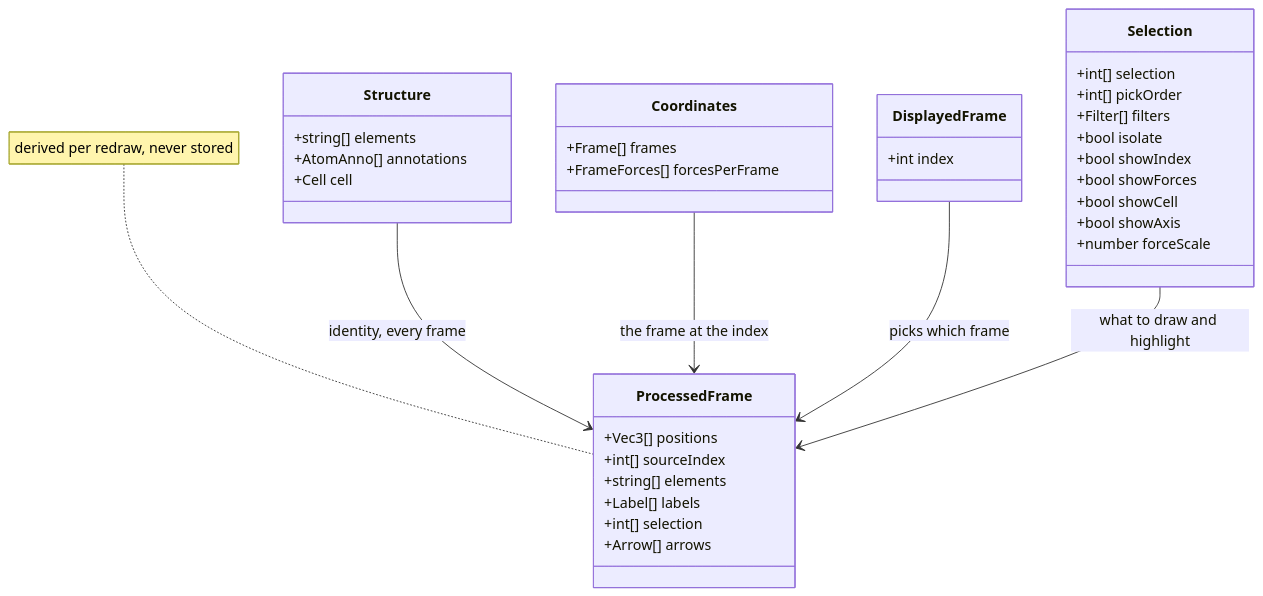
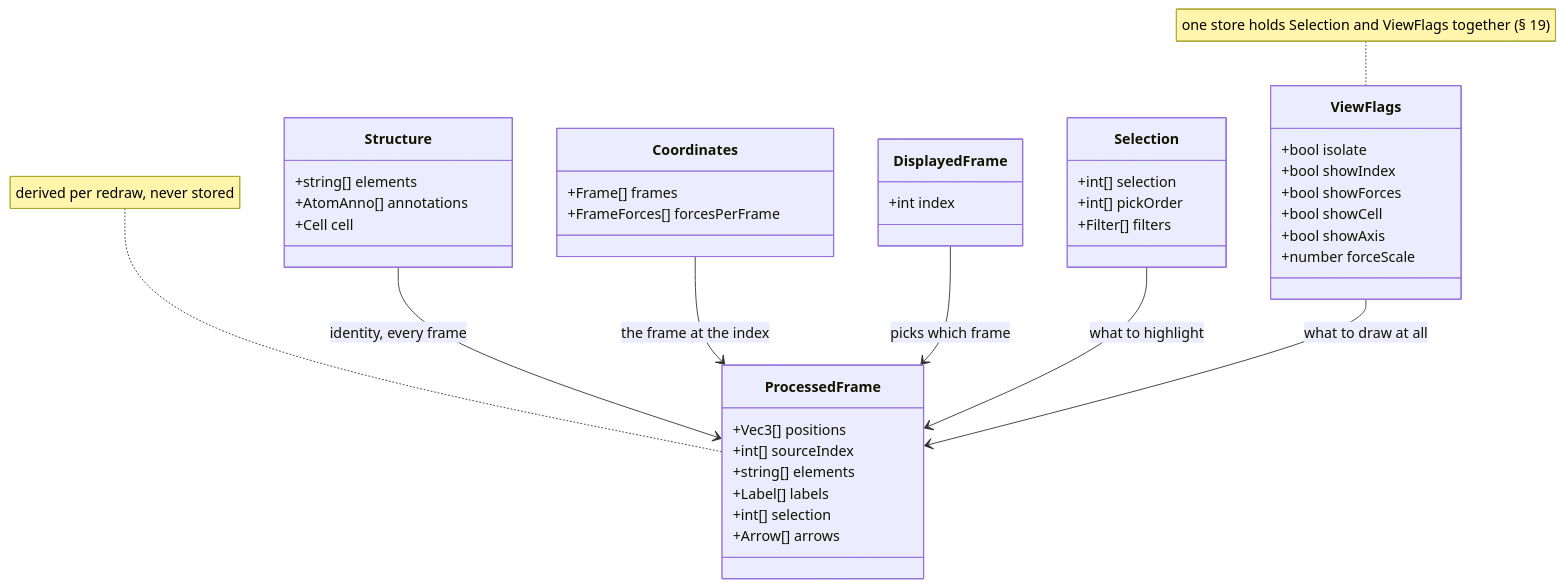
One commit to Qing-LAB/molbuilder changed the second of 4 diagrams in docs/web/molview.md. Above: the diagram before and after it, drawn with Mermaid. The commit also changed other lines of this file, not shown here.

````diff
--- a/docs/web/molview.md
+++ b/docs/web/molview.md
@@ -418,39 +421,43 @@
 ```mermaid
 classDiagram
     class Structure {
       +string[] elements
       +AtomAnno[] annotations
       +Cell cell
     }
     class Coordinates {
       +Frame[] frames
       +FrameForces[] forcesPerFrame
     }
     class DisplayedFrame {
       +int index
     }
     class Selection {
       +int[] selection
       +int[] pickOrder
       +Filter[] filters
+    }
+    class ViewFlags {
       +bool isolate
       +bool showIndex
       +bool showForces
       +bool showCell
       +bool showAxis
       +number forceScale
     }
     class ProcessedFrame {
       +Vec3[] positions
       +int[] sourceIndex
       +string[] elements
       +Label[] labels
       +int[] selection
       +Arrow[] arrows
     }
     Structure --> ProcessedFrame : identity, every frame
     Coordinates --> ProcessedFrame : the frame at the index
     DisplayedFrame --> ProcessedFrame : picks which frame
-    Selection --> ProcessedFrame : what to draw and highlight
+    Selection --> ProcessedFrame : what to highlight
+    ViewFlags --> ProcessedFrame : what to draw at all
     note for ProcessedFrame "derived per redraw, never stored"
+    note for ViewFlags "one store holds Selection and ViewFlags together (§ 19)"
 ```
````
